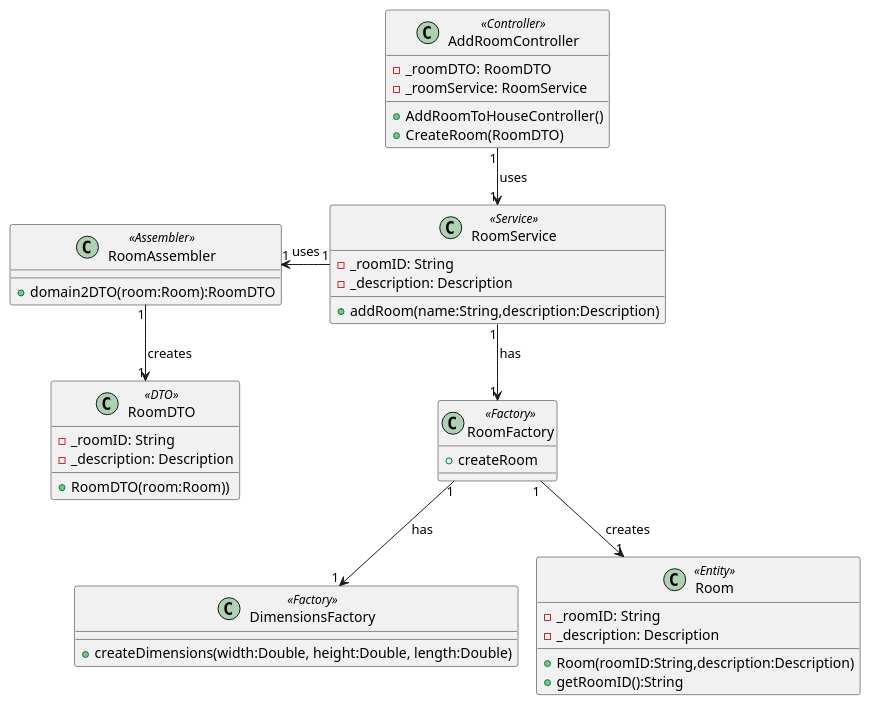
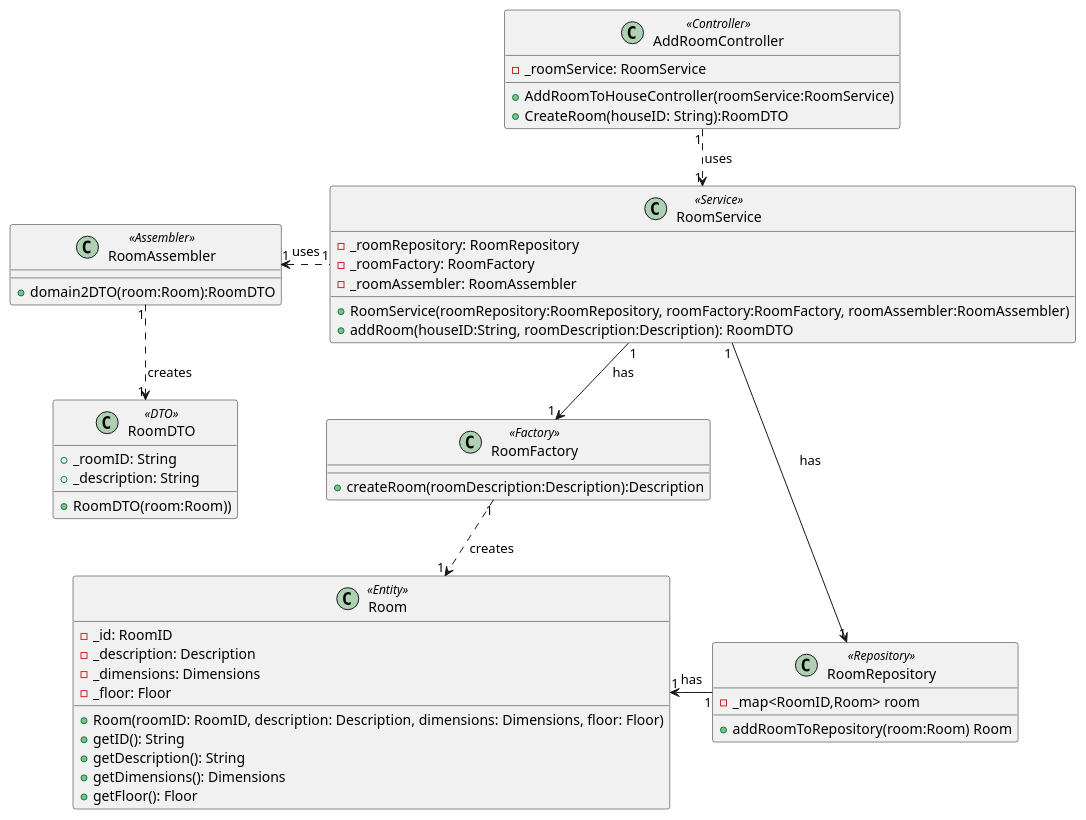
The diagram in docs/ood/classDiagram/US02AddRoom.puml (olivDiogo/SmartHome), drawn with PlantUML before and after one commit.

Commit message:
#133 Update US02 Class Diagram

```diff
--- a/docs/ood/classDiagram/US02AddRoom.puml
+++ b/docs/ood/classDiagram/US02AddRoom.puml
@@ -1,49 +1,59 @@
 @startuml
 !pragma layout smetana
 
 class AddRoomController<<Controller>> {
-- _roomDTO: RoomDTO
 - _roomService: RoomService
-+AddRoomToHouseController()
-+CreateRoom(RoomDTO)
++AddRoomToHouseController(roomService:RoomService)
++CreateRoom(houseID: String):RoomDTO
 }
 
 class RoomService <<Service>>{
-- _roomID: String
-- _description: Description
-+addRoom(name:String,description:Description)
+- _roomRepository: RoomRepository
+- _roomFactory: RoomFactory
+- _roomAssembler: RoomAssembler
++RoomService(roomRepository:RoomRepository, roomFactory:RoomFactory, roomAssembler:RoomAssembler)
++addRoom(houseID:String, roomDescription:Description): RoomDTO
+}
+
+class RoomRepository <<Repository>>{
+- _map<RoomID,Room> room
++addRoomToRepository(room:Room) Room
 }
 
 class RoomFactory <<Factory>>{
-+createRoom
-}
-
-class DimensionsFactory <<Factory>>{
-+createDimensions(width:Double, height:Double, length:Double)
++createRoom(roomDescription:Description):Description
 }
 
 class RoomAssembler <<Assembler>>{
 +domain2DTO(room:Room):RoomDTO
 }
 
 class RoomDTO <<DTO>>{
-- _roomID: String
-- _description: Description
++ _roomID: String
++ _description: String
 +RoomDTO(room:Room))
 }
 
 class Room <<Entity>>{
-- _roomID: String
+- _id: RoomID
 - _description: Description
-+Room(roomID:String,description:Description)
-+getRoomID():String
+- _dimensions: Dimensions
+- _floor: Floor
++Room(roomID: RoomID, description: Description, dimensions: Dimensions, floor: Floor)
++getID(): String
++getDescription(): String
++getDimensions(): Dimensions
++getFloor(): Floor
 }
 
-AddRoomController "1" -down-> "1" RoomService: uses
-RoomFactory "1" -down-> "1" DimensionsFactory: has
+
+AddRoomController "1" .down.> "1" RoomService: uses
 RoomService "1" -down-> "1" RoomFactory: has
-RoomService "1" -left-> "1" RoomAssembler: uses
-RoomAssembler "1" -down-> "1" RoomDTO: creates
-RoomFactory "1" -down-> "1" Room: creates
+RoomService "1" -right-> "1" RoomRepository: has
+RoomRepository "1" -left-> "1" Room: has
+RoomService "1" .left.> "1" RoomAssembler: uses
+RoomAssembler "1" .down.> "1" RoomDTO: creates
+RoomFactory "1" .down.> "1" Room: creates
+
 
 @enduml
```
